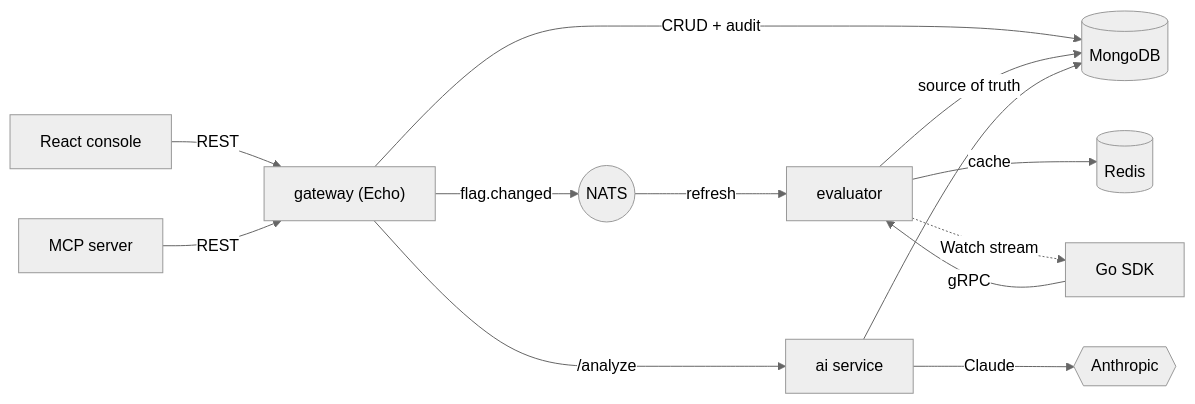
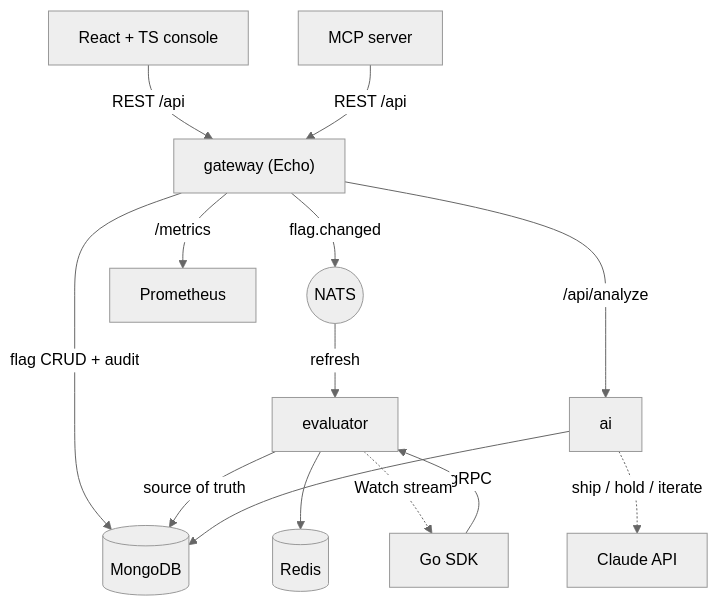
One commit to mralaminahamed/flagcast changed the diagram in README.md. Above: the diagram before and after it, drawn with Mermaid (neutral theme). The commit also changed other lines of this file and 1 other file, not shown here.

````diff
--- a/README.md
+++ b/README.md
@@ -18,15 +40,16 @@
 ```mermaid
-flowchart LR
-  Console["React console"] -->|REST| GW["gateway (Echo)"]
-  SDK["Go SDK"] -->|gRPC| EV["evaluator"]
-  MCP["MCP server"] -->|REST| GW
-  GW -->|CRUD + audit| M[("MongoDB")]
-  GW -->|flag.changed| N(("NATS"))
-  GW -->|/analyze| AI["ai service"]
-  N -->|refresh| EV
-  EV -->|cache| R[("Redis")]
-  EV -->|source of truth| M
-  EV -.->|Watch stream| SDK
-  AI -->|Claude| ANT{{"Anthropic"}}
-  AI --> M
+flowchart TD
+  console["React + TS console"] -->|REST /api| gw["gateway (Echo)"]
+  sdk["Go SDK"] -->|gRPC| eval["evaluator"]
+  mcp["MCP server"] -->|REST /api| gw
+  gw -->|flag CRUD + audit| mongo[("MongoDB")]
+  gw -->|flag.changed| nats(("NATS"))
+  gw -->|/api/analyze| ai
+  nats -->|refresh| eval
+  eval --> redis[("Redis")]
+  eval -->|source of truth| mongo
+  eval -.->|Watch stream| sdk
+  ai --> mongo
+  ai -.->|ship / hold / iterate| claude["Claude API"]
+  gw -->|/metrics| prom["Prometheus"]
 ```
````
